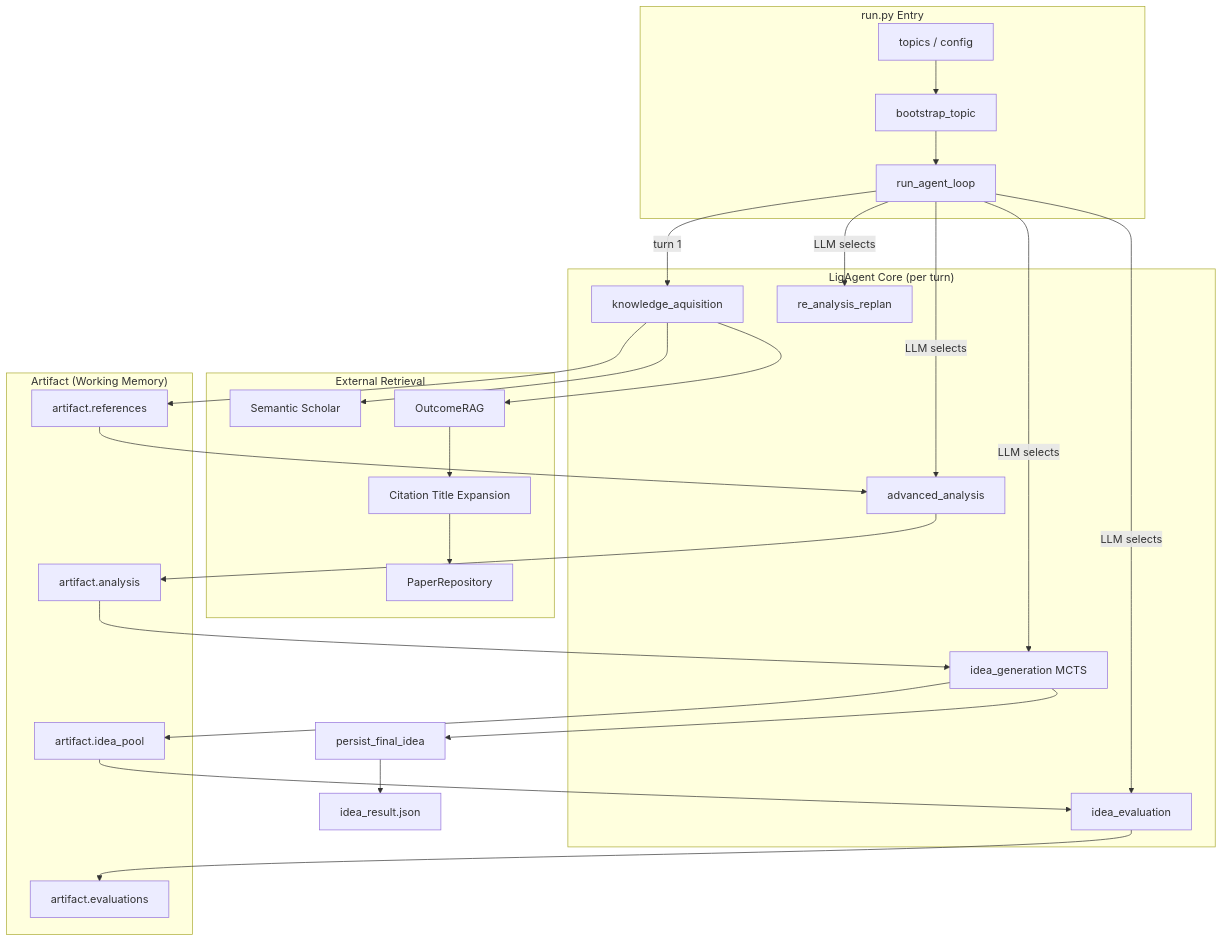
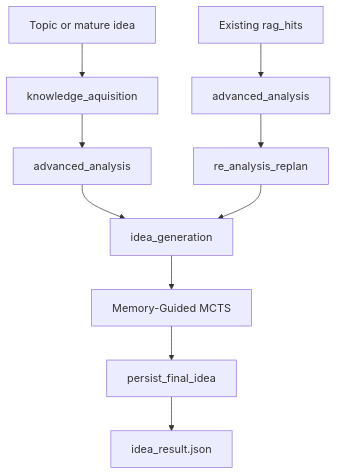
One commit to OpenDFM/Xcientist changed the diagram in src/agents/idea_agent/README.md. Above: the diagram before and after it, drawn with Mermaid. The commit also changed other lines of this file and 15 other files, not shown here.

````diff
--- a/src/agents/idea_agent/README.md
+++ b/src/agents/idea_agent/README.md
@@ -32,35 +17,14 @@
 ```mermaid
 graph TD
-    subgraph "run.py Entry"
-        S[topics / config] --> B[bootstrap_topic]
-        B --> L[run_agent_loop]
-    end
+    T[Topic or mature idea] --> KA[knowledge_aquisition]
+    KA --> AA[advanced_analysis]
+    AA --> IG[idea_generation]
 
-    subgraph "LigAgent Core (per turn)"
-        L -->|turn 1| KA[knowledge_aquisition]
-        L -->|LLM selects| AA[advanced_analysis]
-        L -->|LLM selects| IG[idea_generation MCTS]
-        L -->|LLM selects| IE[idea_evaluation]
-        L -->|LLM selects| RR[re_analysis_replan]
-    end
+    RH[Existing rag_hits] --> AA2[advanced_analysis]
+    AA2 --> RR[re_analysis_replan]
+    RR --> IG
 
-    subgraph "External Retrieval"
-        KA --> SS[Semantic Scholar]
-        KA --> ORAG[OutcomeRAG]
-        ORAG --> CT[Citation Title Expansion]
-        CT --> PR[PaperRepository]
-    end
-
-    subgraph "Artifact (Working Memory)"
-        KA --> AR[artifact.references]
-        AR --> AA
-        AA --> AN[artifact.analysis]
-        AN --> IG
-        IG --> IP[artifact.idea_pool]
-        IP --> IE
-        IE --> EV[artifact.evaluations]
-    end
-
-    IG --> PFI[persist_final_idea]
+    IG --> MCTS[Memory-Guided MCTS]
+    MCTS --> PFI[persist_final_idea]
     PFI --> OUT[idea_result.json]
 ```
````
